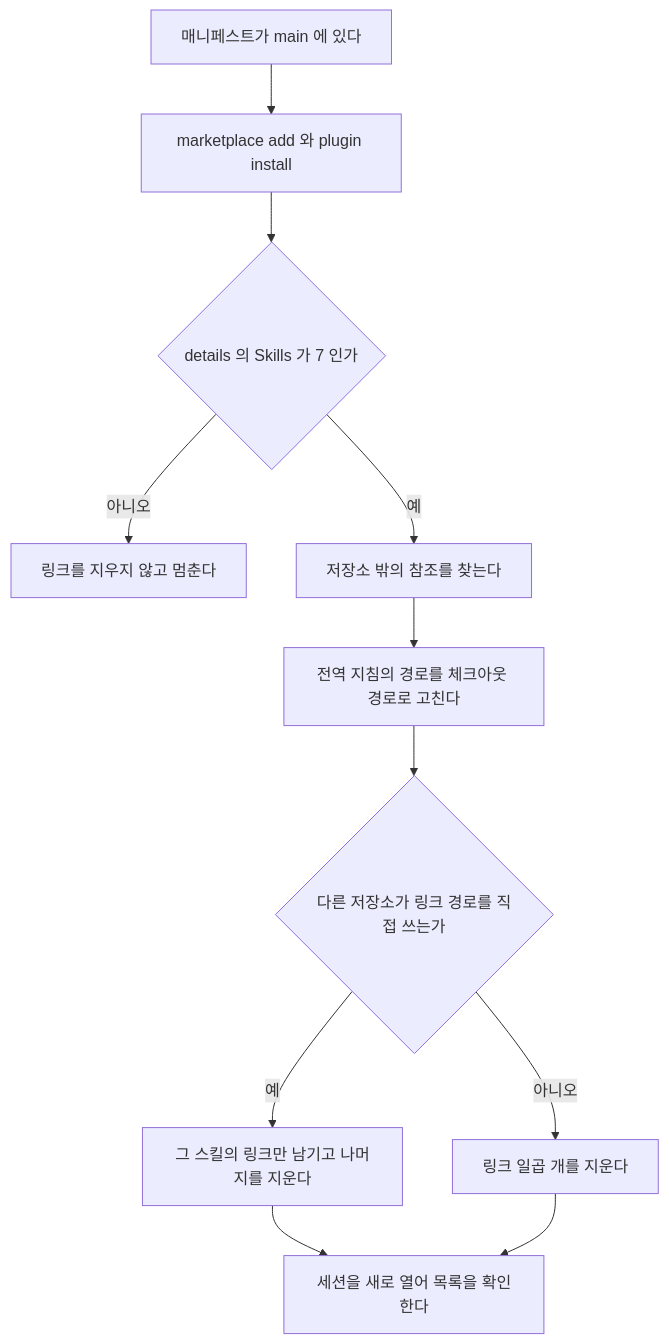
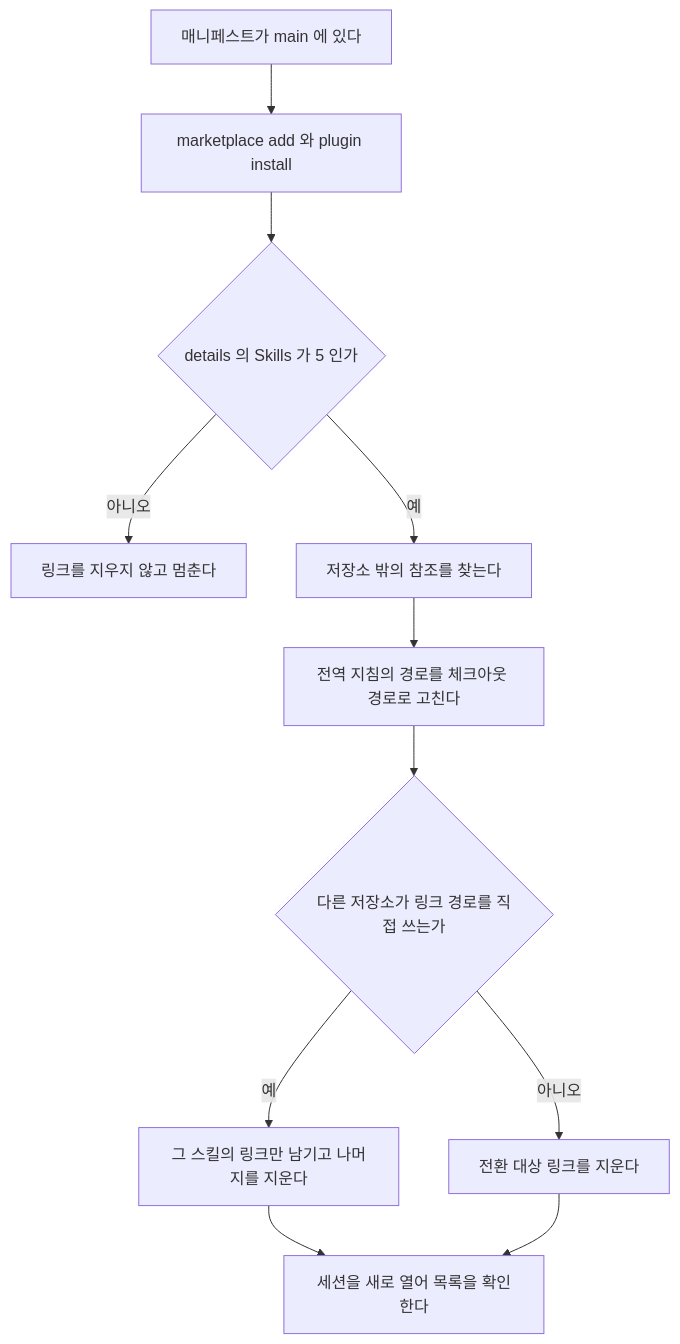
The fourth of 4 diagrams in docs/flow.md (jon890/fos-skills), drawn with Mermaid before and after one commit. The commit also changed other lines of this file and 5 other files, not shown here.

````diff
--- a/docs/flow.md
+++ b/docs/flow.md
@@ -96,13 +102,13 @@
 ```mermaid
 flowchart TD
     A[매니페스트가 main 에 있다] --> B[marketplace add 와 plugin install]
-    B --> C{details 의 Skills 가 7 인가}
+    B --> C{details 의 Skills 가 5 인가}
     C -- 아니오 --> C1[링크를 지우지 않고 멈춘다]
     C -- 예 --> D[저장소 밖의 참조를 찾는다]
     D --> E[전역 지침의 경로를 체크아웃 경로로 고친다]
     E --> F{다른 저장소가 링크 경로를 직접 쓰는가}
     F -- 예 --> G[그 스킬의 링크만 남기고 나머지를 지운다]
-    F -- 아니오 --> H[링크 일곱 개를 지운다]
+    F -- 아니오 --> H[전환 대상 링크를 지운다]
     G --> I[세션을 새로 열어 목록을 확인한다]
     H --> I
 ```
````
